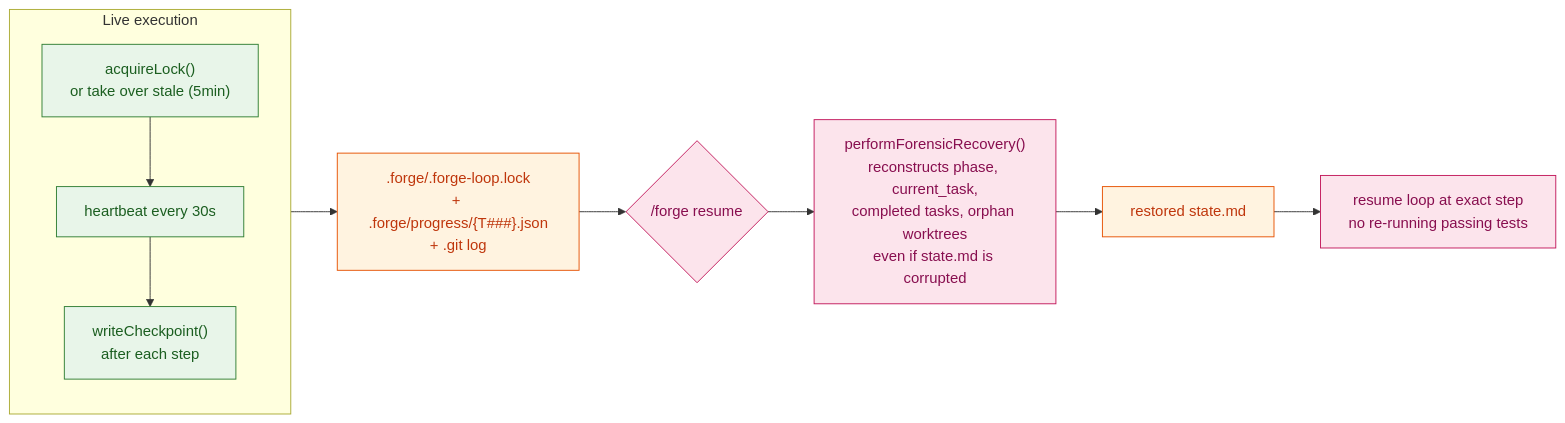
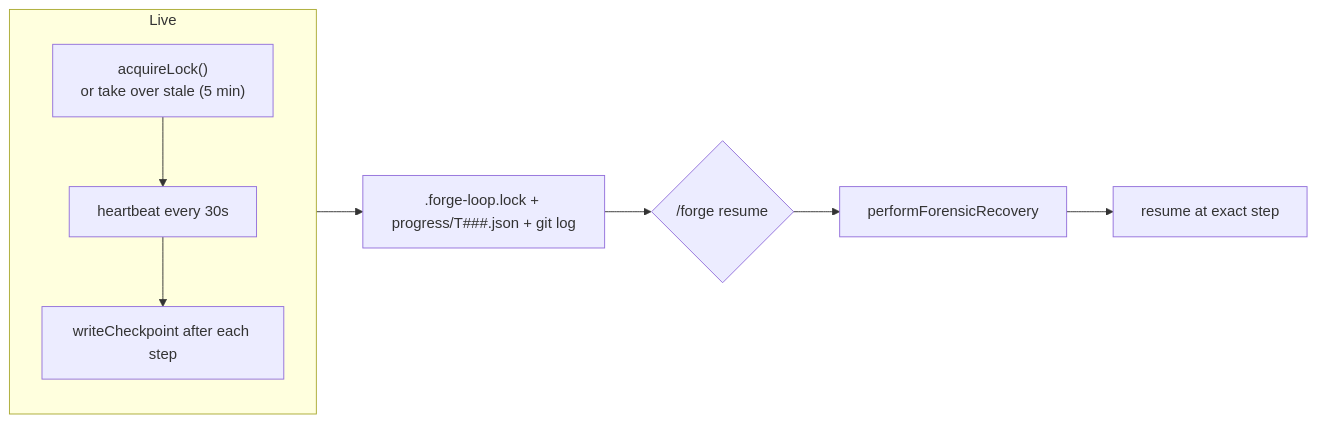
Before and after one commit to LucasDuys/forge: the fifth of 6 diagrams in README.md, drawn with Mermaid. The commit also changed other lines of this file, not shown here.

````diff
--- a/README.md
+++ b/README.md
@@ -258,26 +308,11 @@
 ```mermaid
 flowchart LR
-    subgraph Live["Live execution"]
-        direction TB
-        Acquire["acquireLock()<br/>or take over stale (5min)"]
-        HB[heartbeat every 30s]
-        WriteCP["writeCheckpoint()<br/>after each step"]
-        Acquire --> HB
-        HB --> WriteCP
+    subgraph Live
+        Acquire["acquireLock()<br/>or take over stale (5 min)"] --> HB[heartbeat every 30s]
+        HB --> WriteCP[writeCheckpoint after each step]
     end
-
-    Live --> Files[".forge/.forge-loop.lock<br/>+ .forge/progress/{T###}.json<br/>+ .git log"]
-
+    Live --> Files[".forge-loop.lock + progress/T###.json + git log"]
     Files --> Resume{"/forge resume"}
-    Resume --> Forensic["performForensicRecovery()<br/>reconstructs phase, current_task,<br/>completed tasks, orphan worktrees<br/>even if state.md is corrupted"]
-    Forensic --> Restored[restored state.md]
-    Restored --> Loop2[resume loop at exact step<br/>no re-running passing tests]
-
-    classDef live fill:#e8f5e9,stroke:#2e7d32,color:#1b5e20
-    classDef state fill:#fff3e0,stroke:#e65100,color:#bf360c
-    classDef recover fill:#fce4ec,stroke:#c2185b,color:#880e4f
-
-    class Acquire,HB,WriteCP live
-    class Files,Restored state
-    class Resume,Forensic,Loop2 recover
+    Resume --> Forensic[performForensicRecovery]
+    Forensic --> Loop2[resume at exact step]
 ```
````
